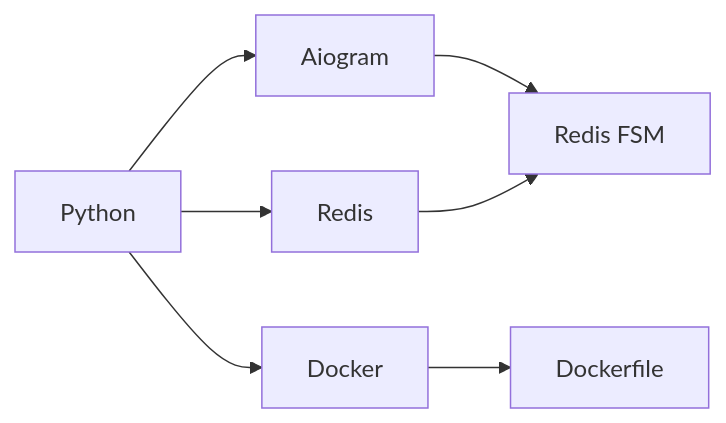
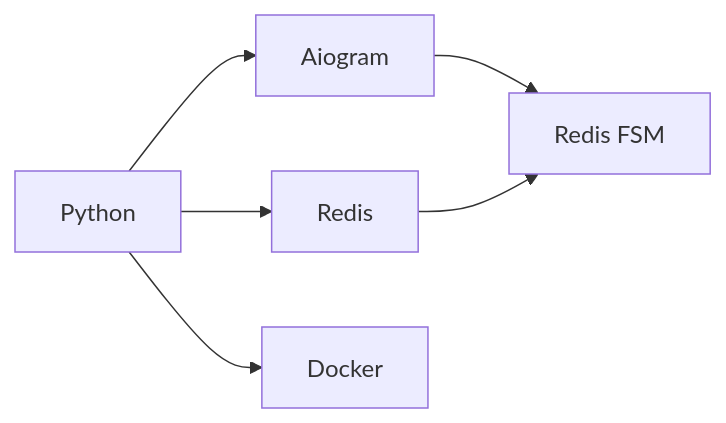
One commit to nihosprop/nihosprop changed the diagram in diagram.mmd. Above: the diagram before and after it, drawn with Mermaid.

Commit message:
refactor

```diff
--- a/diagram.mmd
+++ b/diagram.mmd
@@ -1,7 +1,6 @@
 graph LR
     A[Python] --> B[Aiogram]
     B --> BA[Redis FSM]
     C --> BA[Redis FSM]
     A --> C[Redis]
     A --> D[Docker]
-    D --> AD[Dockerfile]
```
